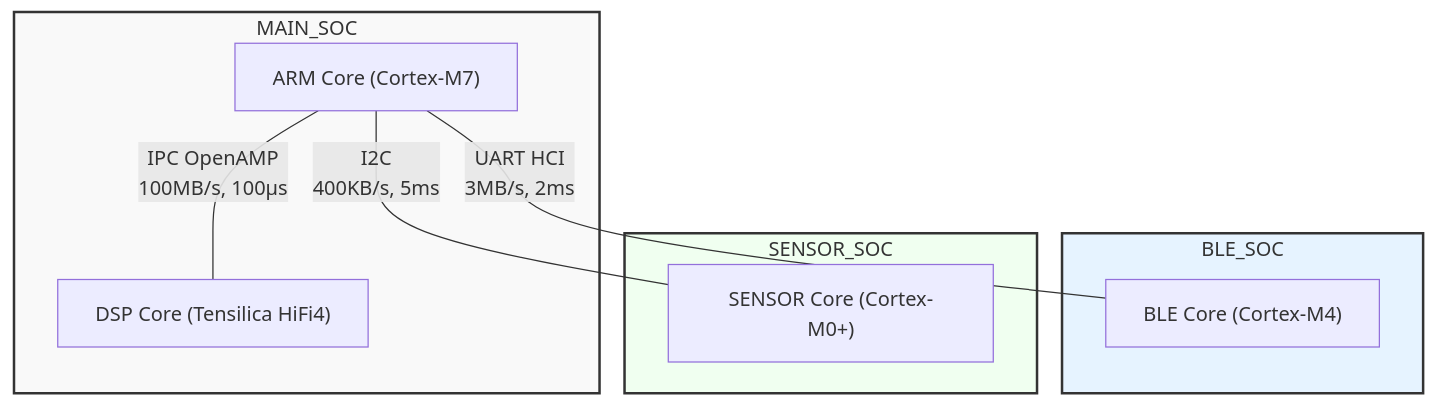
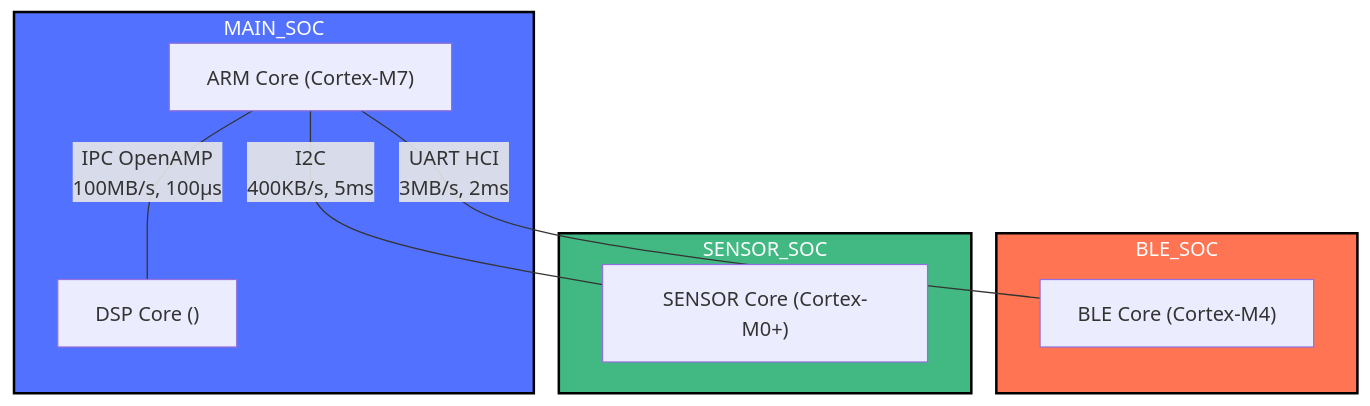
One commit to maxim-pain/opcode-messaging-system changed the second of 3 diagrams in docs/2-opcode-messaging-system-config.md. Above: the diagram before and after it, drawn with Mermaid. The commit also changed other lines of this file, not shown here.

````diff
--- a/docs/2-opcode-messaging-system-config.md
+++ b/docs/2-opcode-messaging-system-config.md
@@ -1085,28 +1092,36 @@
 ```mermaid
 graph TD
+
+%% Using high-contrast colors that work well on both dark and light backgrounds
+classDef client fill:#5271ff,stroke:#000000,stroke-width:2px,color:#ffffff
+classDef server fill:#ff7452,stroke:#000000,stroke-width:2px,color:#ffffff
+classDef library fill:#42b983,stroke:#000000,stroke-width:2px,color:#ffffff
+classDef tools fill:#f4a261,stroke:#000000,stroke-width:2px,color:#ffffff
+classDef test fill:#8338ec,stroke:#000000,stroke-width:2px,color:#ffffff
+classDef build fill:#8338ec,stroke:#000000,stroke-width:2px,color:#ffffff
+classDef data fill:#42b983,stroke:#000000,stroke-width:2px,color:#ffffff
+classDef engine fill:#5271ff,stroke:#000000,stroke-width:2px,color:#ffffff
+classDef external fill:#ff7452,stroke:#000000,stroke-width:2px,color:#ffffff
+
     subgraph MAIN_SOC["MAIN_SOC"]
         ARM_CORE["ARM Core (Cortex-M7)"]
-        DSP_CORE["DSP Core (Tensilica HiFi4)"]
+        DSP_CORE["DSP Core ()"]
 
         ARM_CORE ---|"IPC OpenAMP<br/>100MB/s, 100μs"| DSP_CORE
     end
 
     subgraph BLE_SOC["BLE_SOC"]
         BLE_CORE["BLE Core (Cortex-M4)"]
     end
 
     subgraph SENSOR_SOC["SENSOR_SOC"]
         SENSOR_CORE["SENSOR Core (Cortex-M0+)"]
     end
 
     ARM_CORE ---|"UART HCI<br/>3MB/s, 2ms"| BLE_CORE
     ARM_CORE ---|"I2C<br/>400KB/s, 5ms"| SENSOR_CORE
 
-    classDef mainSoc fill:#f9f9f9,stroke:#333,stroke-width:2px
-    classDef bleSoc fill:#e6f3ff,stroke:#333,stroke-width:2px
-    classDef sensorSoc fill:#f0fff0,stroke:#333,stroke-width:2px
-
-    class MAIN_SOC mainSoc
-    class BLE_SOC bleSoc
-    class SENSOR_SOC sensorSoc
+    class MAIN_SOC client
+    class BLE_SOC server
+    class SENSOR_SOC library
 ```
````
